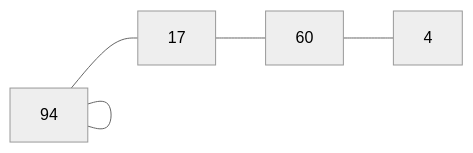
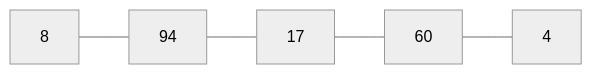
Before and after one commit to ilksh/Algorithm-template: the second of 10 diagrams in C++/Sorting/Insertion Sort visualize.md, drawn with Mermaid (neutral theme). The commit also changed other lines of this file, not shown here.

````diff
--- a/C++/Sorting/Insertion Sort visualize.md
+++ b/C++/Sorting/Insertion Sort visualize.md
@@ -23,7 +23,7 @@
 ```mermaid
    graph LR;
-   94---94;
+   8---94;
    94---17;
    17---60;
    60---4;
-   ```
+ ```
````
